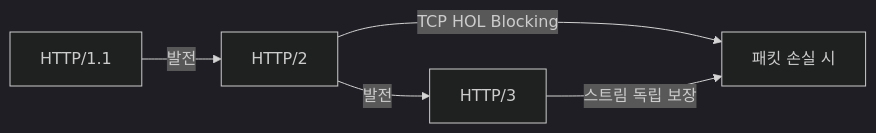
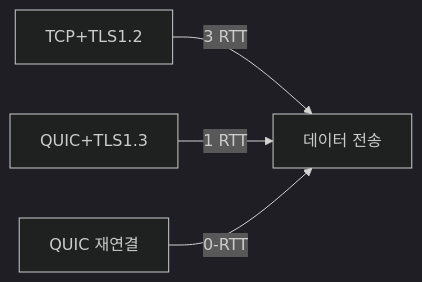
The fifth of 6 diagrams in _posts/network/2026-05-03-tcp-udp-deep.md (yjkim2015/yjkim2015.github.io), drawn with Mermaid (dark theme) before and after one commit. The commit also changed other lines of this file and 4 other files, not shown here.

````diff
--- a/_posts/network/2026-05-03-tcp-udp-deep.md
+++ b/_posts/network/2026-05-03-tcp-udp-deep.md
@@ -374,11 +903,6 @@
 ```mermaid
 graph LR
-    A["HTTP/1.1"]
-    B["HTTP/2"]
-    C["HTTP/3"]
-    D["패킷 손실 시"]
-    A -->|"발전"| B
-    B -->|"발전"| C
-    B -->|"TCP HOL Blocking"| D
-    C -->|"스트림 독립 보장"| D
+    TCP["TCP+TLS1.2"] -->|"3 RTT"| DATA["데이터 전송"]
+    QUIC["QUIC+TLS1.3"] -->|"1 RTT"| DATA
+    QUIC2["QUIC 재연결"] -->|"0-RTT"| DATA
 ```
````
